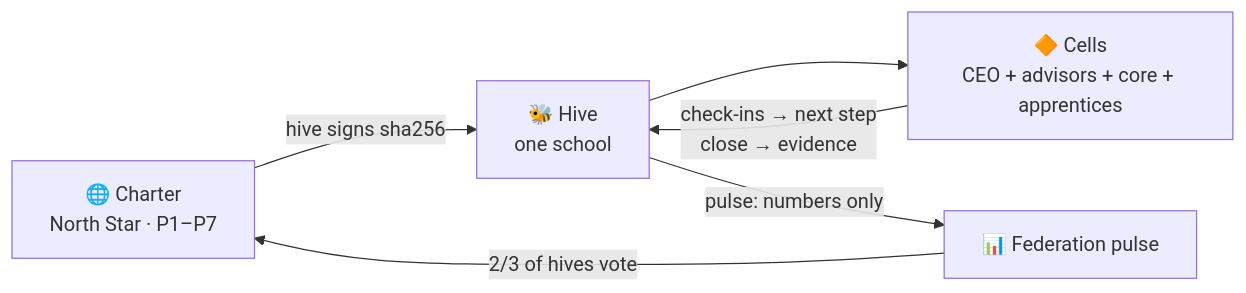
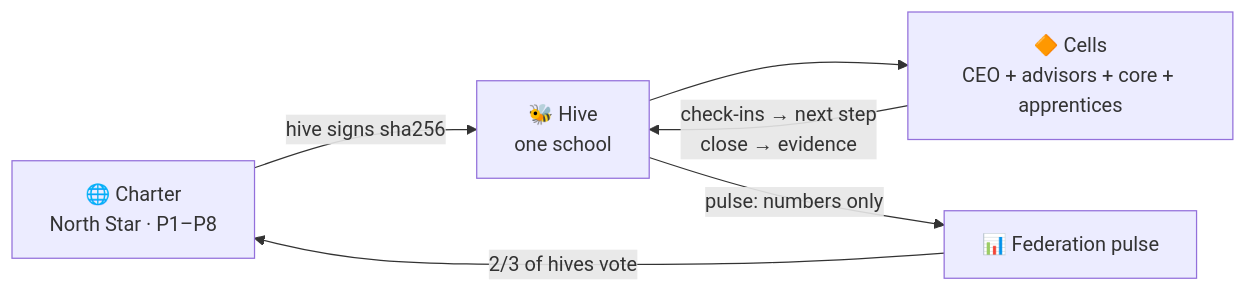
One commit to wjlgatech/alumni-honeycomb changed the diagram in README.md. Above: the diagram before and after it, drawn with Mermaid. The commit also changed 6 other files, not shown here.

````diff
--- a/README.md
+++ b/README.md
@@ -53,8 +53,8 @@
 ```mermaid
 flowchart LR
-  C["🌐 Charter<br/>North Star · P1–P7"] -->|hive signs sha256| H["🐝 Hive<br/>one school"]
+  C["🌐 Charter<br/>North Star · P1–P8"] -->|hive signs sha256| H["🐝 Hive<br/>one school"]
   H --> X["🔶 Cells<br/>CEO + advisors + core + apprentices"]
   X -->|check-ins → next step<br/>close → evidence| H
   H -->|pulse: numbers only| F["📊 Federation pulse"]
   F -->|2/3 of hives vote| C
 ```
````
